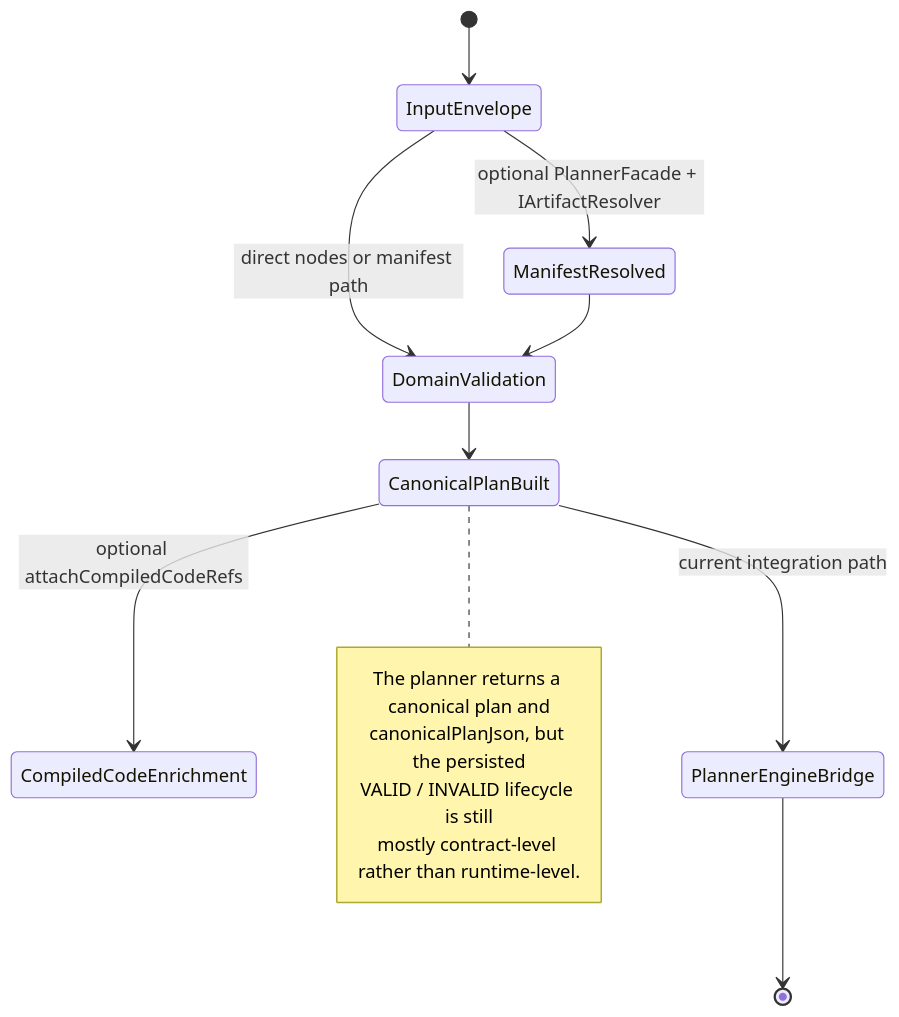
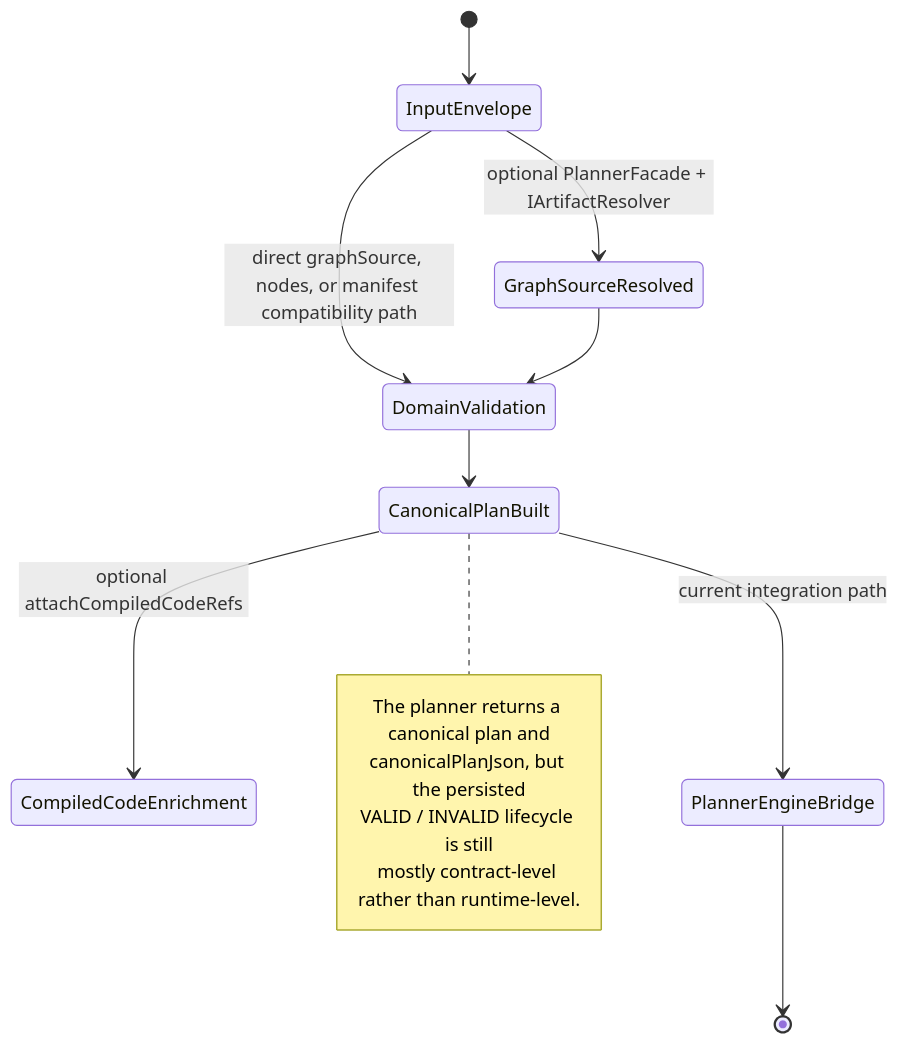
The fourth of 4 diagrams in docs/planning/status/planner-current-state-assessment-20260320.md (dunay2/dvt), drawn with Mermaid before and after one commit. The commit also changed other lines of this file and 27 other files, not shown here.

Commit message:
fix(contracts): Harden planner boundary validation

````diff
--- a/docs/planning/status/planner-current-state-assessment-20260320.md
+++ b/docs/planning/status/planner-current-state-assessment-20260320.md
@@ -356,18 +358,18 @@
 ```mermaid
 stateDiagram-v2
     [*] --> InputEnvelope
-    InputEnvelope --> ManifestResolved: optional PlannerFacade + IArtifactResolver
-    InputEnvelope --> DomainValidation: direct nodes or manifest path
-    ManifestResolved --> DomainValidation
+    InputEnvelope --> GraphSourceResolved: optional PlannerFacade + IArtifactResolver
+    InputEnvelope --> DomainValidation: direct graphSource, nodes, or manifest compatibility path
+    GraphSourceResolved --> DomainValidation
     DomainValidation --> CanonicalPlanBuilt
     CanonicalPlanBuilt --> CompiledCodeEnrichment: optional attachCompiledCodeRefs
     CanonicalPlanBuilt --> PlannerEngineBridge: current integration path
     PlannerEngineBridge --> [*]
 
     note right of CanonicalPlanBuilt
       The planner returns a canonical plan and
       canonicalPlanJson, but the persisted
       VALID / INVALID lifecycle is still
       mostly contract-level rather than runtime-level.
     end note
 ```
````
